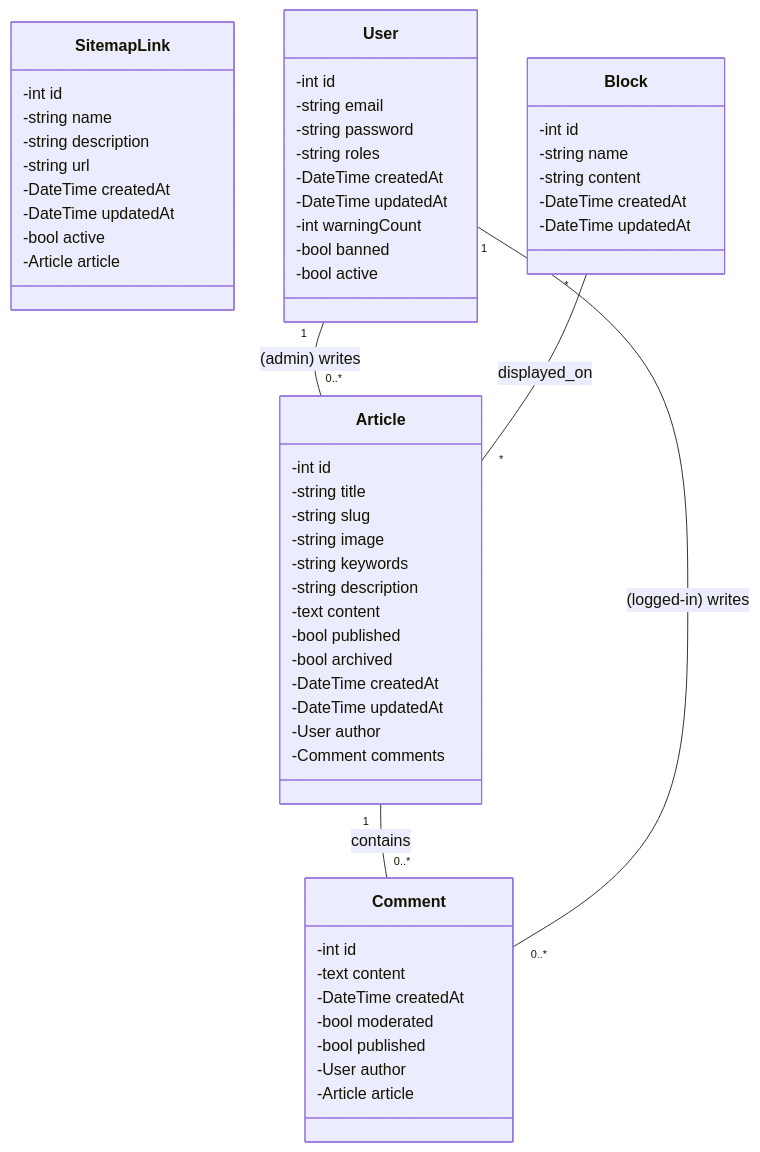
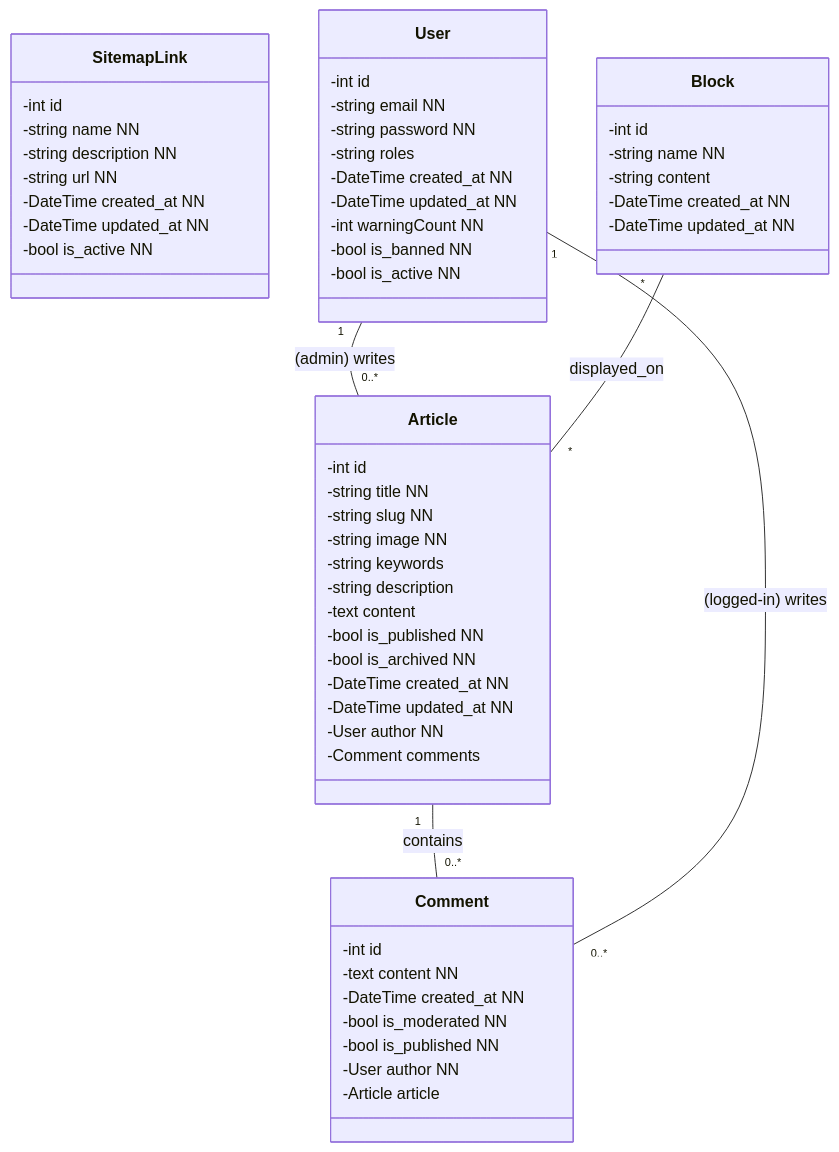
One commit to odeniran-lawrence/blog changed the first of 10 diagrams in README.md. Above: the diagram before and after it, drawn with Mermaid. The commit also changed other lines of this file and 3 other files, not shown here.

````diff
--- a/README.md
+++ b/README.md
@@ -24,64 +24,63 @@
 ```mermaid
 classDiagram
   class Article {
     -int id
-    -string title
-    -string slug
-    -string image
-    -string keywords
+    -string title NN
+    -string slug NN
+    -string image NN
+    -string keywords 
     -string description
     -text content
-    -bool published
-    -bool archived
-    -DateTime createdAt
-    -DateTime updatedAt
-    -User author
+    -bool is_published NN
+    -bool is_archived NN
+    -DateTime created_at NN
+    -DateTime updated_at NN
+    -User author NN
     -Comment comments
   }
 
   class SitemapLink {
     -int id
-    -string name
-    -string description
-    -string url
-    -DateTime createdAt
-    -DateTime updatedAt
-    -bool active
-    -Article article
+    -string name NN
+    -string description NN
+    -string url NN
+    -DateTime created_at NN
+    -DateTime updated_at NN
+    -bool is_active NN
   }
 
   class Comment {
     -int id
-    -text content
-    -DateTime createdAt
-    -bool moderated
-    -bool published
-    -User author
+    -text content NN
+    -DateTime created_at NN
+    -bool is_moderated NN
+    -bool is_published NN
+    -User author NN
     -Article article
   }
 
   class User {
     -int id
-    -string email
-    -string password
+    -string email NN
+    -string password NN
     -string roles
-    -DateTime createdAt
-    -DateTime updatedAt
-    -int warningCount
-    -bool banned
-    -bool active
+    -DateTime created_at NN
+    -DateTime updated_at NN
+    -int warningCount NN
+    -bool is_banned NN
+    -bool is_active NN
   }
 
   class Block {
     -int id
-    -string name
-    -string content
-    -DateTime createdAt
-    -DateTime updatedAt
+    -string name NN
+    -string content 
+    -DateTime created_at NN
+    -DateTime updated_at NN
   }
 
   Article "1" -- "0..*" Comment : contains
   User "1" -- "0..*" Article : (admin) writes
   User "1" -- "0..*" Comment : (logged-in) writes
   Block "*" -- "*" Article : displayed_on
 ```
````
